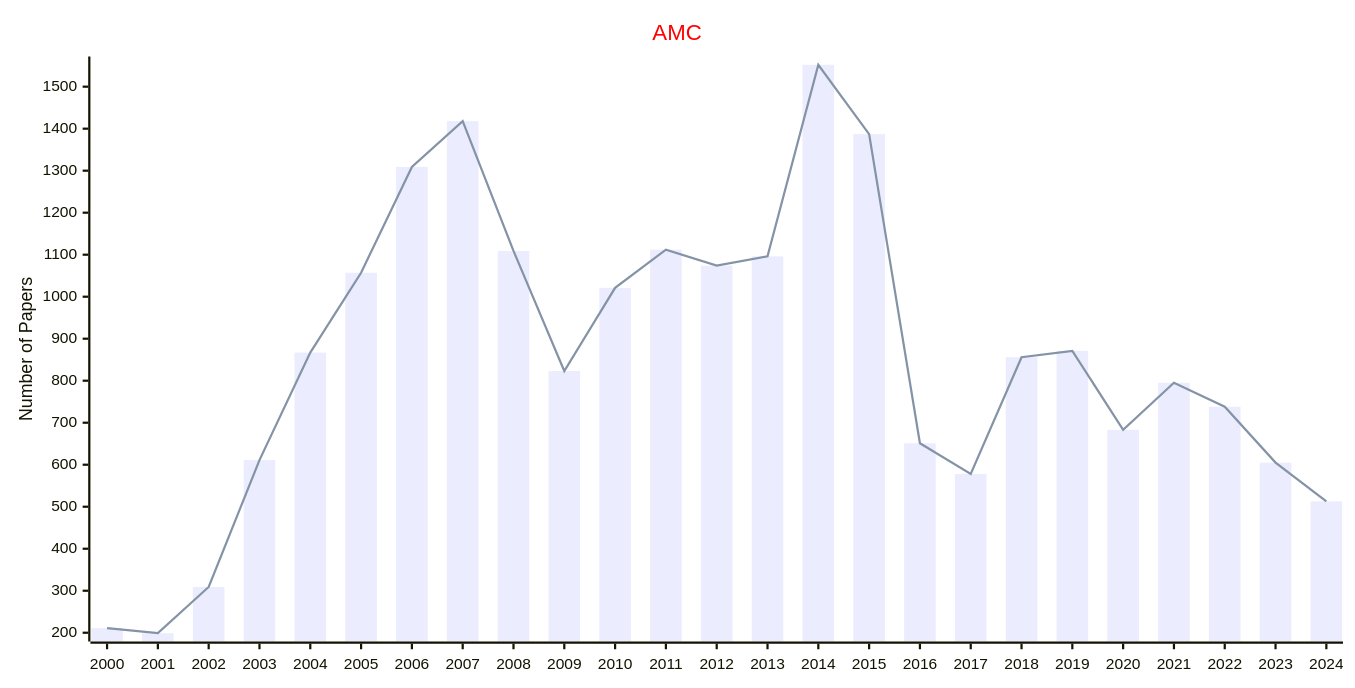
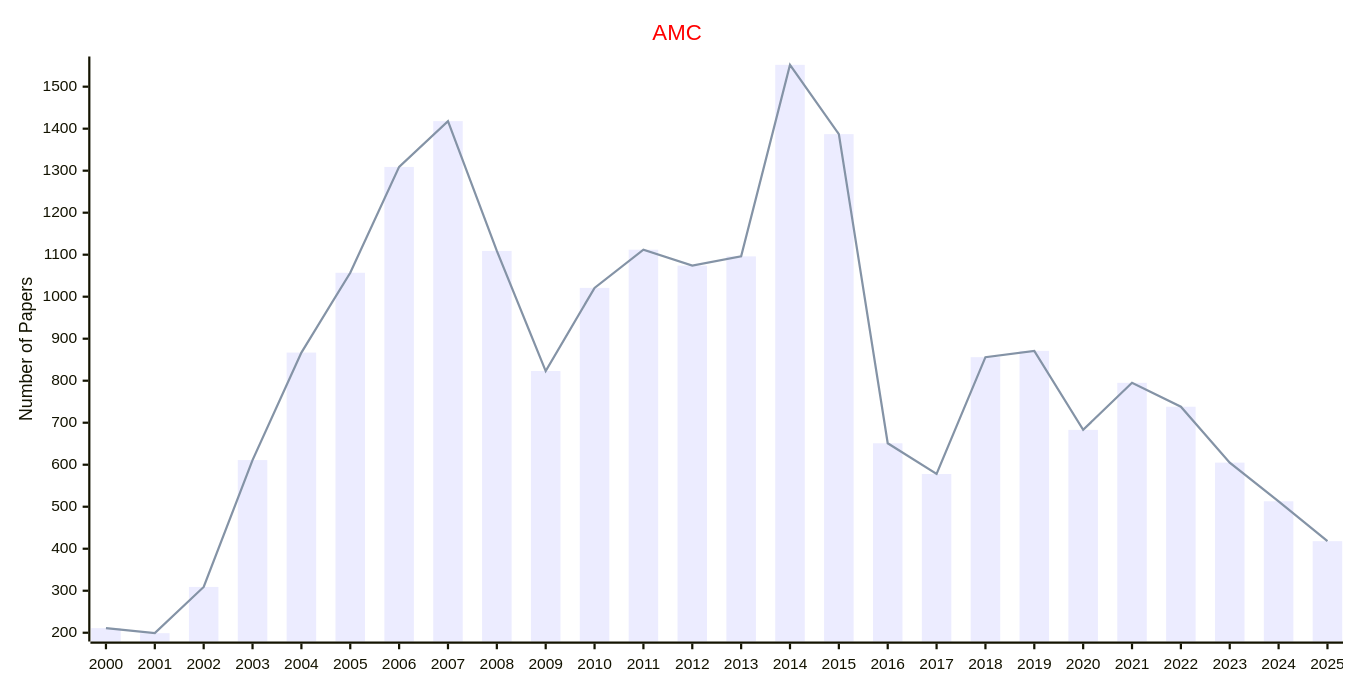
The first of 4 diagrams in docs/data/Journals/Statistics_Journals/Applied_Mathematics.md (Easy-PhD/AILinks), drawn with Mermaid before and after one commit. The commit also changed other lines of this file and 107 other files, not shown here.

````diff
--- a/docs/data/Journals/Statistics_Journals/Applied_Mathematics.md
+++ b/docs/data/Journals/Statistics_Journals/Applied_Mathematics.md
@@ -9,17 +9,17 @@
 ```mermaid
 ---
 config:
     xyChart:
         width: 1200
         height: 600
     themeVariables:
         xyChart:
             titleColor: "#ff0000"
 ---
 xychart-beta
     title "AMC"
-    x-axis [2000, 2001, 2002, 2003, 2004, 2005, 2006, 2007, 2008, 2009, 2010, 2011, 2012, 2013, 2014, 2015, 2016, 2017, 2018, 2019, 2020, 2021, 2022, 2023, 2024]
+    x-axis [2000, 2001, 2002, 2003, 2004, 2005, 2006, 2007, 2008, 2009, 2010, 2011, 2012, 2013, 2014, 2015, 2016, 2017, 2018, 2019, 2020, 2021, 2022, 2023, 2024, 2025]
     y-axis "Number of Papers"
-    bar [211, 199, 309, 611, 867, 1057, 1309, 1418, 1109, 823, 1021, 1112, 1074, 1096, 1552, 1387, 651, 578, 856, 871, 683, 795, 738, 605, 513]
-    line [211, 199, 309, 611, 867, 1057, 1309, 1418, 1109, 823, 1021, 1112, 1074, 1096, 1552, 1387, 651, 578, 856, 871, 683, 795, 738, 605, 513]
+    bar [211, 199, 309, 611, 867, 1057, 1309, 1418, 1109, 823, 1021, 1112, 1074, 1096, 1552, 1387, 651, 578, 856, 871, 683, 795, 738, 605, 513, 418]
+    line [211, 199, 309, 611, 867, 1057, 1309, 1418, 1109, 823, 1021, 1112, 1074, 1096, 1552, 1387, 651, 578, 856, 871, 683, 795, 738, 605, 513, 418]
 ```
````
